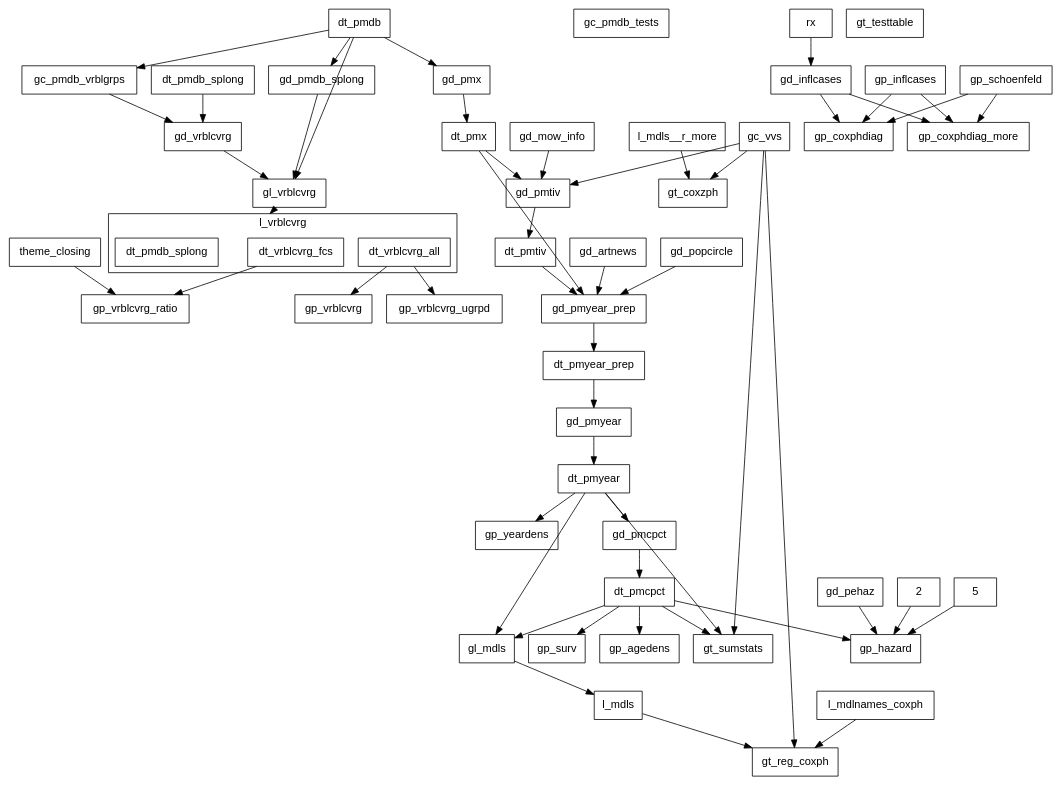
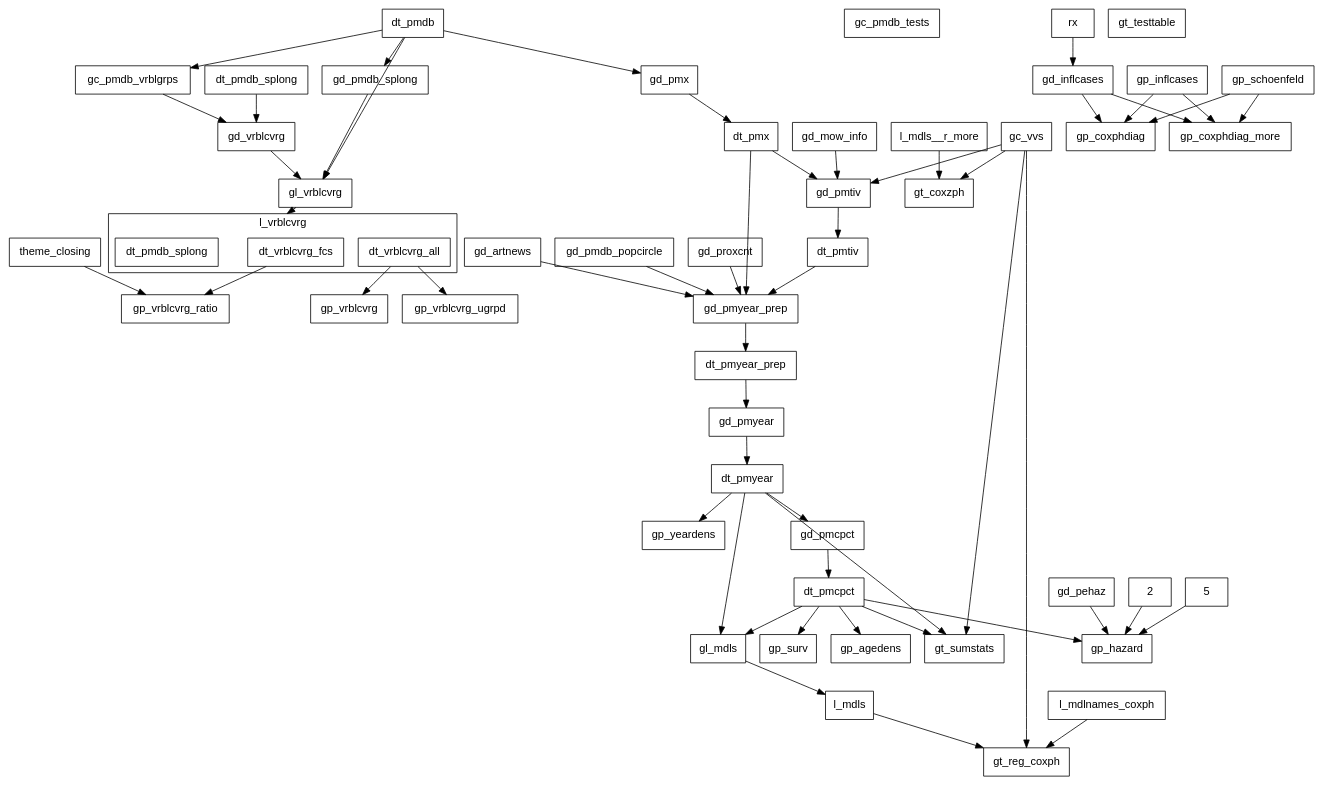
One commit to swhalemwo/pm_closing changed the diagram in misc/callgraph2.dot. Above: the diagram before and after it, drawn with Graphviz.

Commit message:
update callgraph2 after integrating popcircle/proxcnt

```diff
--- a/misc/callgraph2.dot
+++ b/misc/callgraph2.dot
@@ -1,111 +1,113 @@
 digraph D {
  compound = true;
  splines = false; fontname=helvetica;
  node [shape=box, fontsize = 14, fontname=helvetica];
  edge [style = solid];
  
  subgraph cluster_l_vrblcvrg {
  label = "l_vrblcvrg";
  l_vrblcvrg__dt_vrblcvrg_all [label=dt_vrblcvrg_all]; 
 l_vrblcvrg__dt_vrblcvrg_fcs [label=dt_vrblcvrg_fcs]; 
 l_vrblcvrg [label = "", color=transparent, width=0, height=0]; 
 l_vrblcvrg__dt_pmdb_splong [label=dt_pmdb_splong] 
 } 
  gc_pmdb_tests; 
 gc_pmdb_vrblgrps; 
 gc_vvs; 
 gd_artnews; 
 gd_inflcases; 
 gd_mow_info; 
 gd_pehaz; 
 gd_pmcpct; 
+gd_pmdb_popcircle; 
 gd_pmdb_splong; 
 gd_pmtiv; 
 gd_pmx; 
 gd_pmyear; 
 gd_pmyear_prep; 
-gd_popcircle; 
+gd_proxcnt; 
 gd_vrblcvrg; 
 gl_mdls; 
 gl_vrblcvrg; 
 gp_agedens; 
 gp_coxphdiag; 
 gp_coxphdiag_more; 
 gp_hazard; 
 gp_inflcases; 
 gp_schoenfeld; 
 gp_surv; 
 gp_vrblcvrg; 
 gp_vrblcvrg_ratio; 
 gp_vrblcvrg_ugrpd; 
 gp_yeardens; 
 gt_coxzph; 
 gt_reg_coxph; 
 gt_sumstats; 
 gt_testtable; 
 theme_closing; 
 dt_pmdb; 
 dt_pmdb_splong; 
 dt_pmx; 
 dt_pmtiv; 
 dt_pmyear_prep; 
 dt_pmyear; 
 dt_pmcpct; 
 2; 
 5; 
 rx; 
 l_mdls__r_more; 
 l_mdls; 
 l_mdlnames_coxph 
  2 -> gp_hazard; 
 5 -> gp_hazard; 
 dt_pmcpct -> gl_mdls; 
 dt_pmcpct -> gp_agedens; 
 dt_pmcpct -> gp_hazard; 
 dt_pmcpct -> gp_surv; 
 dt_pmcpct -> gt_sumstats; 
 dt_pmdb -> gc_pmdb_vrblgrps; 
 dt_pmdb -> gd_pmdb_splong; 
 dt_pmdb -> gd_pmx; 
 dt_pmdb -> gl_vrblcvrg; 
 dt_pmdb_splong -> gd_vrblcvrg; 
 dt_pmtiv -> gd_pmyear_prep; 
 dt_pmx -> gd_pmtiv; 
 dt_pmx -> gd_pmyear_prep; 
 dt_pmyear -> gd_pmcpct; 
 dt_pmyear -> gl_mdls; 
 dt_pmyear -> gp_yeardens; 
 dt_pmyear -> gt_sumstats; 
 dt_pmyear_prep -> gd_pmyear; 
 gc_pmdb_vrblgrps -> gd_vrblcvrg; 
 gc_vvs -> gd_pmtiv; 
 gc_vvs -> gt_coxzph; 
 gc_vvs -> gt_reg_coxph; 
 gc_vvs -> gt_sumstats; 
 gd_artnews -> gd_pmyear_prep; 
 gd_inflcases -> gp_coxphdiag; 
 gd_inflcases -> gp_coxphdiag_more; 
 gd_mow_info -> gd_pmtiv; 
 gd_pehaz -> gp_hazard; 
 gd_pmcpct -> dt_pmcpct; 
+gd_pmdb_popcircle -> gd_pmyear_prep; 
 gd_pmdb_splong -> gl_vrblcvrg; 
 gd_pmtiv -> dt_pmtiv; 
 gd_pmx -> dt_pmx; 
 gd_pmyear -> dt_pmyear; 
 gd_pmyear_prep -> dt_pmyear_prep; 
-gd_popcircle -> gd_pmyear_prep; 
+gd_proxcnt -> gd_pmyear_prep; 
 gd_vrblcvrg -> gl_vrblcvrg; 
 gl_mdls -> l_mdls; 
 gl_vrblcvrg -> l_vrblcvrg[lhead=cluster_l_vrblcvrg,ltail=gl_vrblcvrg]; 
 gp_inflcases -> gp_coxphdiag; 
 gp_inflcases -> gp_coxphdiag_more; 
 gp_schoenfeld -> gp_coxphdiag; 
 gp_schoenfeld -> gp_coxphdiag_more; 
 l_mdlnames_coxph -> gt_reg_coxph; 
 l_mdls -> gt_reg_coxph; 
 l_mdls__r_more -> gt_coxzph; 
 l_vrblcvrg__dt_vrblcvrg_all -> gp_vrblcvrg; 
 l_vrblcvrg__dt_vrblcvrg_all -> gp_vrblcvrg_ugrpd; 
 l_vrblcvrg__dt_vrblcvrg_fcs -> gp_vrblcvrg_ratio; 
 rx -> gd_inflcases; 
 theme_closing -> gp_vrblcvrg_ratio }
```
